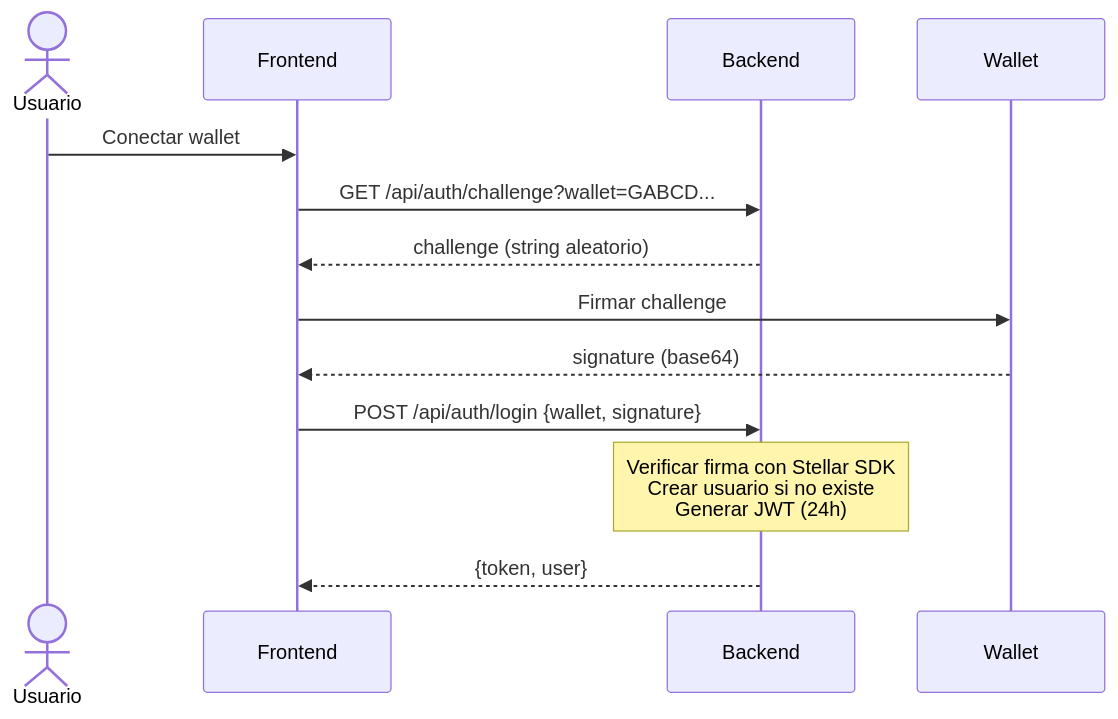
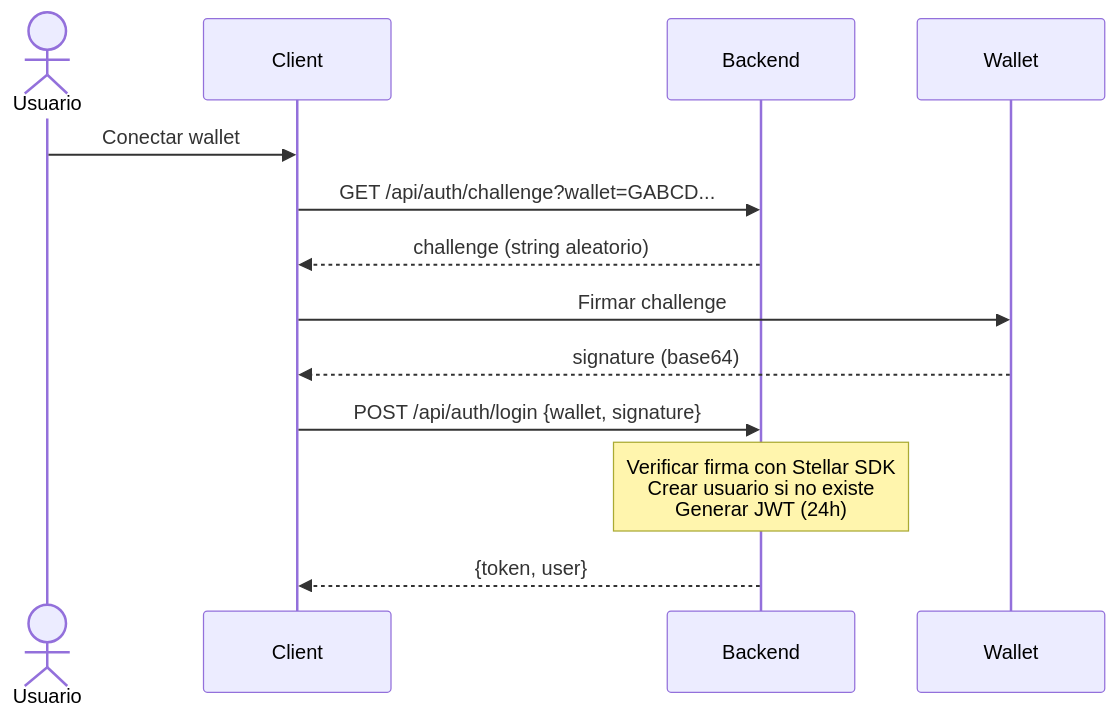
One commit to CoKeFish/Impacta-Bootcamp changed the fourth of 15 diagrams in ARCHITECTURE.md. Above: the diagram before and after it, drawn with Mermaid. The commit also changed other lines of this file and 9 other files, not shown here.

````diff
--- a/ARCHITECTURE.md
+++ b/ARCHITECTURE.md
@@ -154,16 +142,15 @@
 ```mermaid
 sequenceDiagram
     actor U as Usuario
-    participant FE as Frontend
+    participant Client as Client
     participant BE as Backend
     participant W as Wallet
-
-    U ->> FE: Conectar wallet
-    FE ->> BE: GET /api/auth/challenge?wallet=GABCD...
-    BE -->> FE: challenge (string aleatorio)
-    FE ->> W: Firmar challenge
-    W -->> FE: signature (base64)
-    FE ->> BE: POST /api/auth/login {wallet, signature}
+    U ->> Client: Conectar wallet
+    Client ->> BE: GET /api/auth/challenge?wallet=GABCD...
+    BE -->> Client: challenge (string aleatorio)
+    Client ->> W: Firmar challenge
+    W -->> Client: signature (base64)
+    Client ->> BE: POST /api/auth/login {wallet, signature}
     Note over BE: Verificar firma con Stellar SDK<br/>Crear usuario si no existe<br/>Generar JWT (24h)
-    BE -->> FE: {token, user}
+    BE -->> Client: {token, user}
 ```
````
